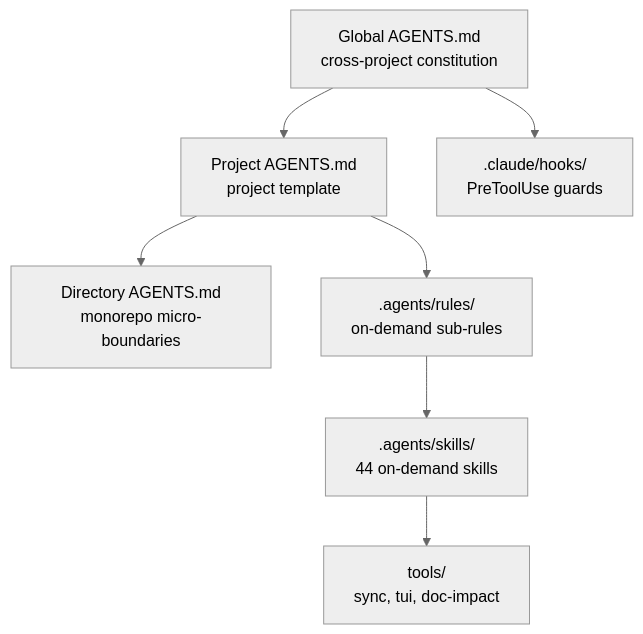
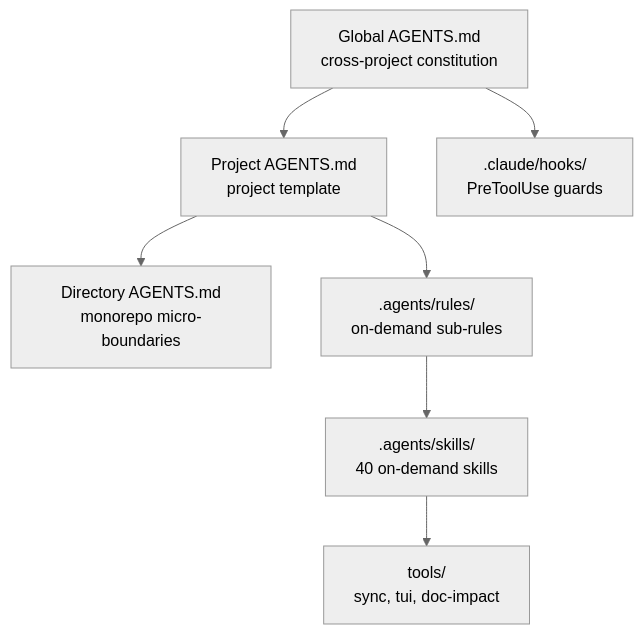
One commit to xusofty-cyber/agent-harness changed the diagram in README.de.md. Above: the diagram before and after it, drawn with Mermaid (neutral theme). The commit also changed other lines of this file and 16 other files, not shown here.

````diff
--- a/README.de.md
+++ b/README.de.md
@@ -22,9 +22,9 @@
 ```mermaid
 graph TD
     G[Global AGENTS.md<br/>cross-project constitution] --> P[Project AGENTS.md<br/>project template]
     P --> D[Directory AGENTS.md<br/>monorepo micro-boundaries]
     P --> R[.agents/rules/<br/>on-demand sub-rules]
-    R --> S[.agents/skills/<br/>44 on-demand skills]
+    R --> S[.agents/skills/<br/>40 on-demand skills]
     G --> H[.claude/hooks/<br/>PreToolUse guards]
     S --> T[tools/<br/>sync, tui, doc-impact]
 ```
````
